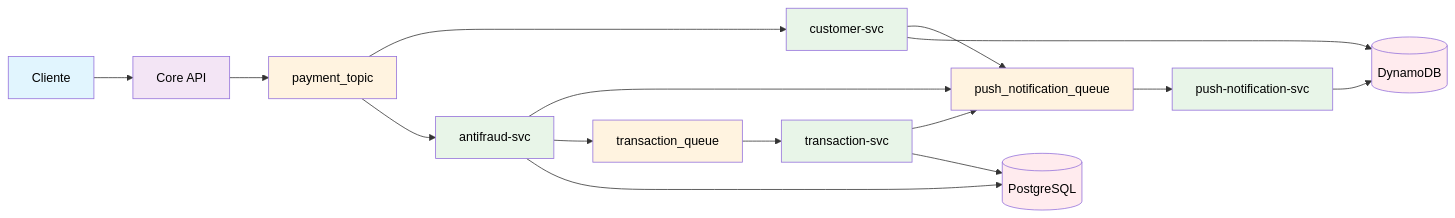
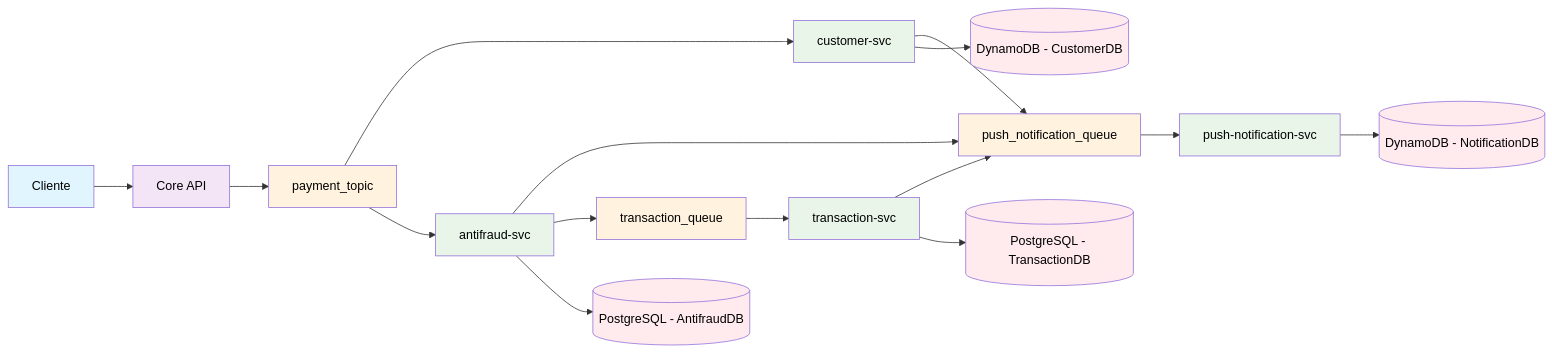
Before and after one commit to dasilvaoscar/concurrency-simulator: the diagram in README.md, drawn with Mermaid.

Commit message:
docs: update diagram

````diff
--- a/README.md
+++ b/README.md
@@ -14,33 +14,39 @@
 ```mermaid
 flowchart LR
     Client[Cliente] --> CoreAPI[Core API]
     CoreAPI --> PaymentTopic[payment_topic]
     
     PaymentTopic --> CustomerSvc[customer-svc]
     PaymentTopic --> AntifraudSvc[antifraud-svc]
     
     CustomerSvc --> PushNotificationQueue[push_notification_queue]
     AntifraudSvc --> PushNotificationQueue
     AntifraudSvc --> TransactionQueue[transaction_queue]
     
     TransactionQueue --> TransactionSvc[transaction-svc]
     TransactionSvc --> PushNotificationQueue
     PushNotificationQueue --> NotificationSvc[push-notification-svc]
     
-    CustomerSvc --> DynamoDB[(DynamoDB)]
-    NotificationSvc --> DynamoDB
-    AntifraudSvc --> Postgres[(PostgreSQL)]
-    TransactionSvc --> Postgres
+    CustomerSvc --> CustomerDB[(DynamoDB - CustomerDB)]
+    NotificationSvc --> NotificationDB[(DynamoDB - NotificationDB)]
+    AntifraudSvc --> AntifraudDB[(PostgreSQL - AntifraudDB)]
+    TransactionSvc --> TransactionDB[(PostgreSQL - TransactionDB)]
     
     style Client fill:#e1f5fe,color:#000000
     style CoreAPI fill:#f3e5f5,color:#000000
+    
     style PaymentTopic fill:#fff3e0,color:#000000
+
     style CustomerSvc fill:#e8f5e8,color:#000000
     style AntifraudSvc fill:#e8f5e8,color:#000000
     style TransactionSvc fill:#e8f5e8,color:#000000
     style NotificationSvc fill:#e8f5e8,color:#000000
+    
     style PushNotificationQueue fill:#fff3e0,color:#000000
     style TransactionQueue fill:#fff3e0,color:#000000
-    style DynamoDB fill:#ffebee,color:#000000
-    style Postgres fill:#ffebee,color:#000000
+
+    style CustomerDB fill:#ffebee,color:#000000
+    style NotificationDB fill:#ffebee,color:#000000
+    style AntifraudDB fill:#ffebee,color:#000000
+    style TransactionDB fill:#ffebee,color:#000000
 ```
````
